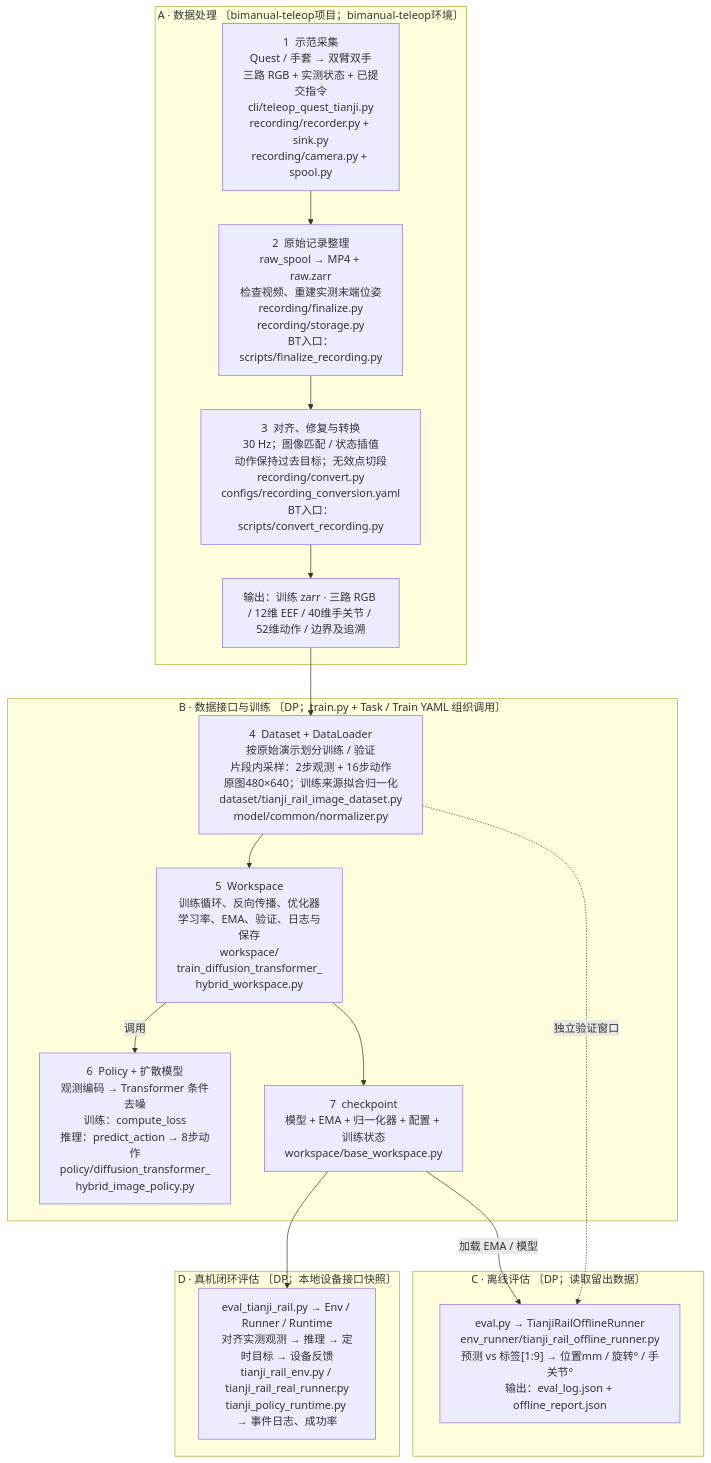
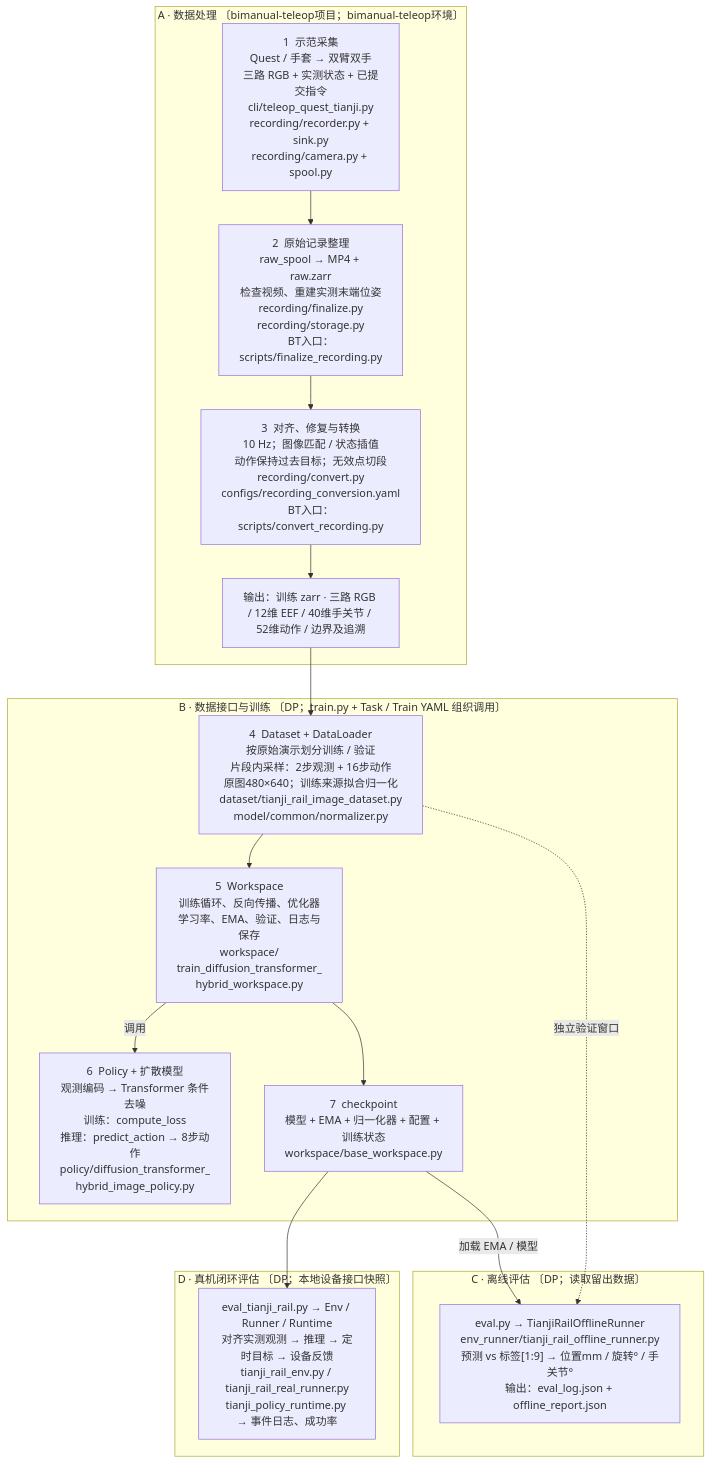
Before and after one commit to Wang-Yongsen/diffusion_policy: the diagram in docs/tianji-rail/task_flow_explanation/01-overview.mmd, drawn with Mermaid. The commit also changed 23 other files, not shown here.

```diff
--- a/docs/tianji-rail/task_flow_explanation/01-overview.mmd
+++ b/docs/tianji-rail/task_flow_explanation/01-overview.mmd
@@ -1,30 +1,30 @@
 %% 节点、组件边界与PNG由同一份规格生成；PNG布局单独指定。
 flowchart TD
   subgraph data["A · 数据处理 〔bimanual-teleop项目；bimanual-teleop环境〕"]
     capture["1  示范采集<br/>Quest / 手套 → 双臂双手<br/>三路 RGB + 实测状态 + 已提交指令<br/>cli/teleop_quest_tianji.py<br/>recording/recorder.py + sink.py<br/>recording/camera.py + spool.py"]
     finalize["2  原始记录整理<br/>raw_spool → MP4 + raw.zarr<br/>检查视频、重建实测末端位姿<br/>recording/finalize.py<br/>recording/storage.py<br/>BT入口：scripts/finalize_recording.py"]
-    convert["3  对齐、修复与转换<br/>30 Hz；图像匹配 / 状态插值<br/>动作保持过去目标；无效点切段<br/>recording/convert.py<br/>configs/recording_conversion.yaml<br/>BT入口：scripts/convert_recording.py"]
+    convert["3  对齐、修复与转换<br/>10 Hz；图像匹配 / 状态插值<br/>动作保持过去目标；无效点切段<br/>recording/convert.py<br/>configs/recording_conversion.yaml<br/>BT入口：scripts/convert_recording.py"]
     zarr["输出：训练 zarr · 三路 RGB / 12维 EEF / 40维手关节 / 52维动作 / 边界及追溯"]
   end
   subgraph train["B · 数据接口与训练 〔DP；train.py + Task / Train YAML 组织调用〕"]
     dataset["4  Dataset + DataLoader<br/>按原始演示划分训练 / 验证<br/>片段内采样：2步观测 + 16步动作<br/>原图480×640；训练来源拟合归一化<br/>dataset/tianji_rail_image_dataset.py<br/>model/common/normalizer.py"]
     workspace["5  Workspace<br/>训练循环、反向传播、优化器<br/>学习率、EMA、验证、日志与保存<br/>workspace/<br/>train_diffusion_transformer_<br/>hybrid_workspace.py"]
     policy["6  Policy + 扩散模型<br/>观测编码 → Transformer 条件去噪<br/>训练：compute_loss<br/>推理：predict_action → 8步动作<br/>policy/diffusion_transformer_<br/>hybrid_image_policy.py"]
     ckpt["7  checkpoint<br/>模型 + EMA + 归一化器 + 配置 + 训练状态<br/>workspace/base_workspace.py"]
   end
   subgraph offline["C · 离线评估 〔DP；读取留出数据〕"]
     off["eval.py → TianjiRailOfflineRunner<br/>env_runner/tianji_rail_offline_runner.py<br/>预测 vs 标签[1:9] → 位置mm / 旋转° / 手关节°<br/>输出：eval_log.json + offline_report.json"]
   end
   subgraph real["D · 真机闭环评估 〔DP；本地设备接口快照〕"]
     live["eval_tianji_rail.py → Env / Runner / Runtime<br/>对齐实测观测 → 推理 → 定时目标 → 设备反馈<br/>tianji_rail_env.py / tianji_rail_real_runner.py<br/>tianji_policy_runtime.py → 事件日志、成功率"]
   end
   capture --> finalize
   finalize --> convert
   convert --> zarr
   zarr --> dataset
   dataset --> workspace
   workspace -->|"调用"| policy
   workspace --> ckpt
   ckpt -->|"加载 EMA / 模型"| off
   ckpt --> live
   dataset -.->|"独立验证窗口"| off
```
